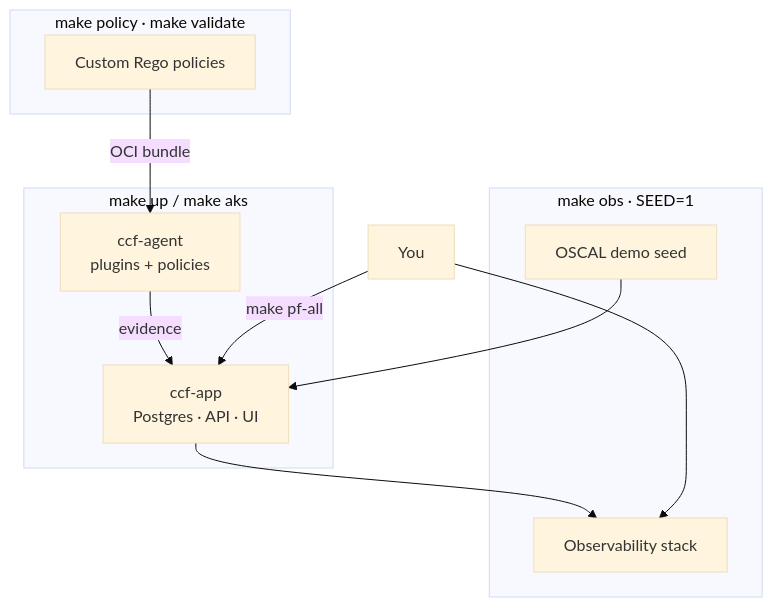
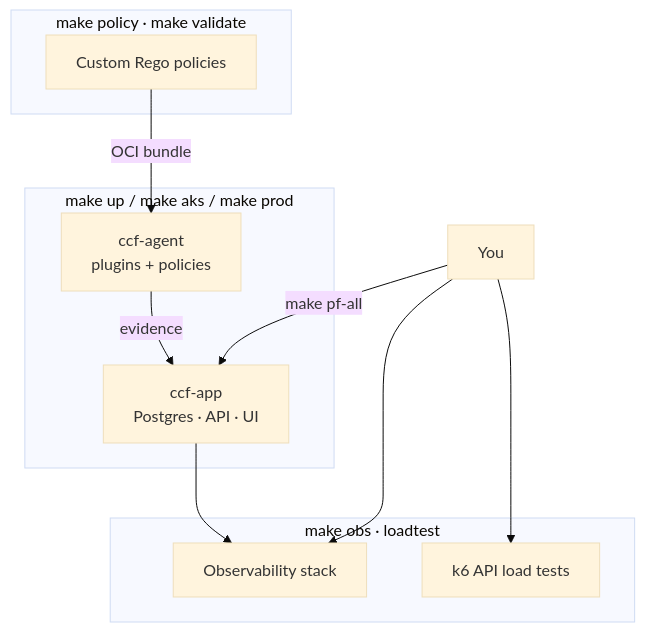
One commit to erasmo-dominguez-stuff/continuous-compliace-framework-poc changed the diagram in docs/README.md. Above: the diagram before and after it, drawn with Mermaid (base theme). The commit also changed other lines of this file and 58 other files, not shown here.

````diff
--- a/docs/README.md
+++ b/docs/README.md
@@ -7,23 +7,23 @@
 ```mermaid
 flowchart TB
-    subgraph Deploy["make up / make aks"]
+    subgraph Deploy["make up / make aks / make prod"]
         APP["ccf-app<br/>Postgres · API · UI"]
         AGT["ccf-agent<br/>plugins + policies"]
     end
 
-    subgraph Optional["make obs · SEED=1"]
+    subgraph Optional["make obs · loadtest"]
         OBS["Observability stack"]
-        SEED["OSCAL demo seed"]
+        K6["k6 API load tests"]
     end
 
     subgraph Dev["make policy · make validate"]
         REGO["Custom Rego policies"]
     end
 
     REGO -->|"OCI bundle"| AGT
     AGT -->|"evidence"| APP
-    SEED --> APP
     APP --> OBS
     USER["You"] -->|"make pf-all"| APP
     USER --> OBS
+    USER --> K6
 ```
````
